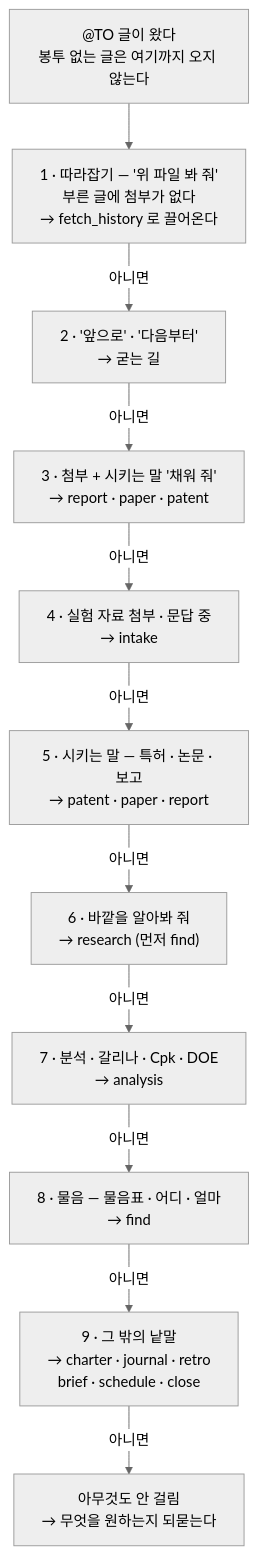
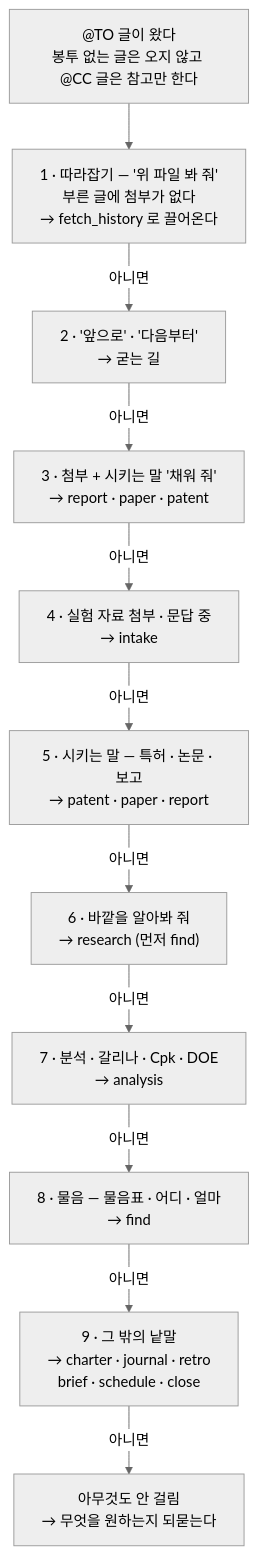
Before and after one commit to bjw202/prodev: the sixth of 17 diagrams in README.md, drawn with Mermaid (neutral theme). The commit also changed other lines of this file, not shown here.

````diff
--- a/README.md
+++ b/README.md
@@ -297,25 +297,25 @@
 ```mermaid
 flowchart TB
-    IN["@TO 글이 왔다<br/>봉투 없는 글은 여기까지 오지 않는다"]
+    IN["@TO 글이 왔다<br/>봉투 없는 글은 오지 않고 @CC 글은 참고만 한다"]
     R1["1 · 따라잡기 — '위 파일 봐 줘'<br/>부른 글에 첨부가 없다<br/>→ fetch_history 로 끌어온다"]
     R2["2 · '앞으로' · '다음부터'<br/>→ 굳는 길"]
     R3["3 · 첨부 + 시키는 말 '채워 줘'<br/>→ report · paper · patent"]
     R4["4 · 실험 자료 첨부 · 문답 중<br/>→ intake"]
     R5["5 · 시키는 말 — 특허 · 논문 · 보고<br/>→ patent · paper · report"]
     R6["6 · 바깥을 알아봐 줘<br/>→ research (먼저 find)"]
     R7["7 · 분석 · 갈리나 · Cpk · DOE<br/>→ analysis"]
     R8["8 · 물음 — 물음표 · 어디 · 얼마<br/>→ find"]
     R9["9 · 그 밖의 낱말<br/>→ charter · journal · retro<br/>brief · schedule · close"]
     NONE["아무것도 안 걸림<br/>→ 무엇을 원하는지 되묻는다"]
 
     IN --> R1
     R1 -->|"아니면"| R2
     R2 -->|"아니면"| R3
     R3 -->|"아니면"| R4
     R4 -->|"아니면"| R5
     R5 -->|"아니면"| R6
     R6 -->|"아니면"| R7
     R7 -->|"아니면"| R8
     R8 -->|"아니면"| R9
     R9 -->|"아니면"| NONE
 ```
````
